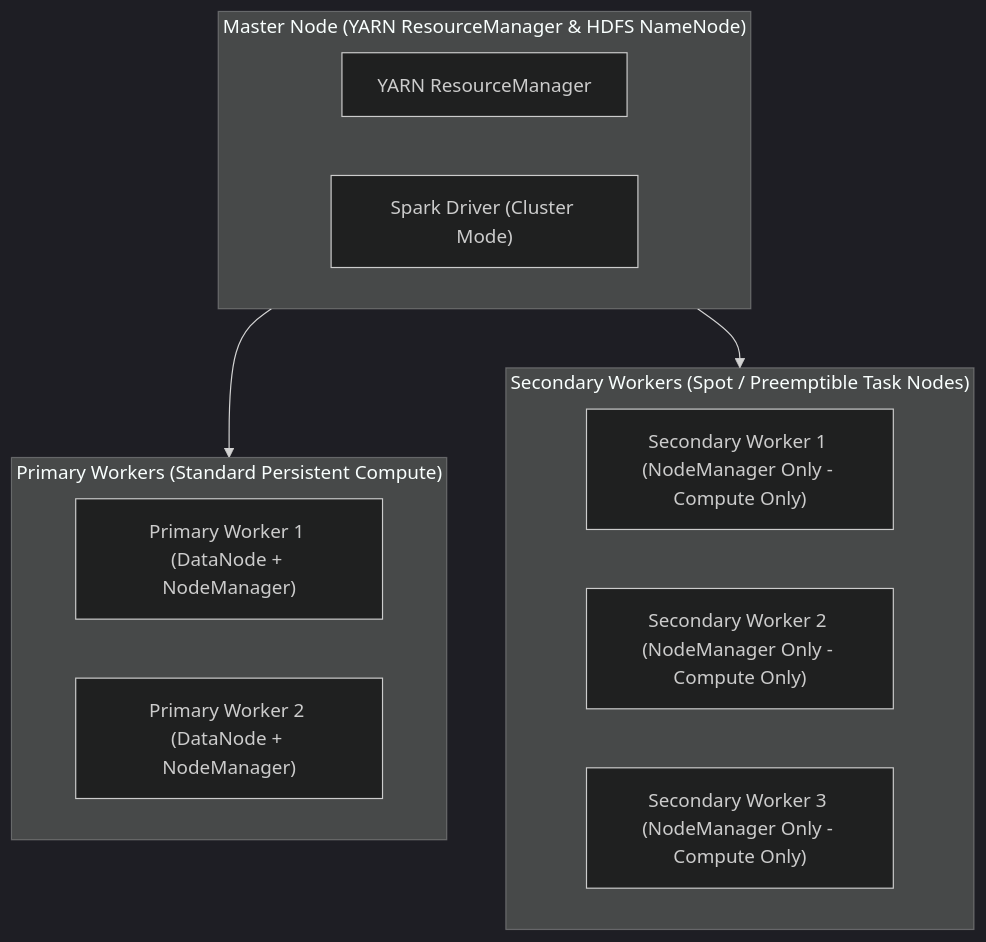
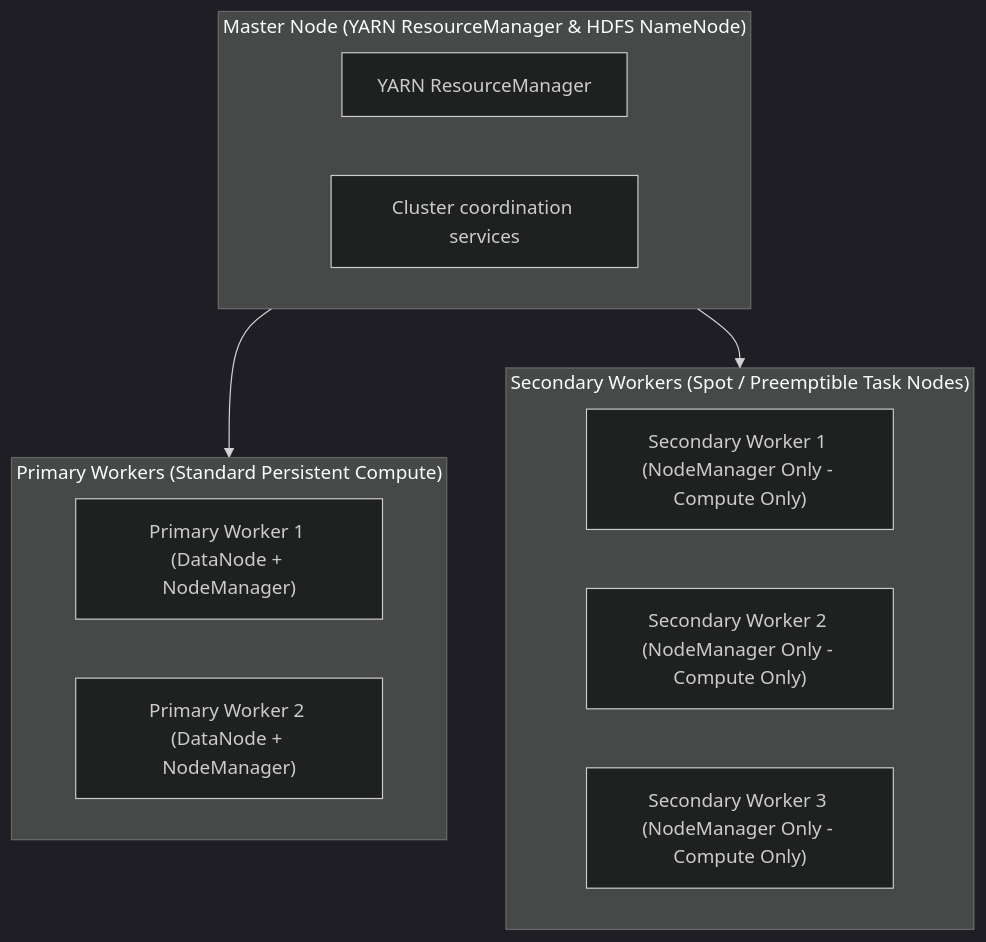
The first of 2 diagrams in docs/lessons/0020-dataproc-architecture-ephemeral-clusters.md (Rohit1024/data-engineer), drawn with Mermaid (dark theme) before and after one commit. The commit also changed other lines of this file and 60 other files, not shown here.

````diff
--- a/docs/lessons/0020-dataproc-architecture-ephemeral-clusters.md
+++ b/docs/lessons/0020-dataproc-architecture-ephemeral-clusters.md
@@ -13,21 +13,21 @@
 ``` mermaid
 flowchart TD
     subgraph MasterNode["Master Node (YARN ResourceManager & HDFS NameNode)"]
         YARNMaster["YARN ResourceManager"]
-        SparkDriver["Spark Driver (Cluster Mode)"]
+        ClusterServices["Cluster coordination services"]
     end
 
     subgraph PrimaryWorkers["Primary Workers (Standard Persistent Compute)"]
         P1["Primary Worker 1 (DataNode + NodeManager)"]
         P2["Primary Worker 2 (DataNode + NodeManager)"]
     end
 
     subgraph SecondaryWorkers["Secondary Workers (Spot / Preemptible Task Nodes)"]
         S1["Secondary Worker 1 (NodeManager Only - Compute Only)"]
         S2["Secondary Worker 2 (NodeManager Only - Compute Only)"]
         S3["Secondary Worker 3 (NodeManager Only - Compute Only)"]
     end
 
     MasterNode --> PrimaryWorkers
     MasterNode --> SecondaryWorkers
 ```
````
